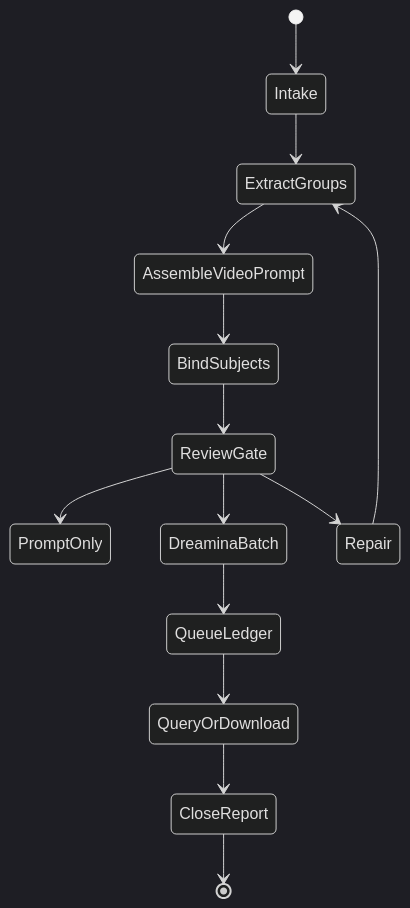
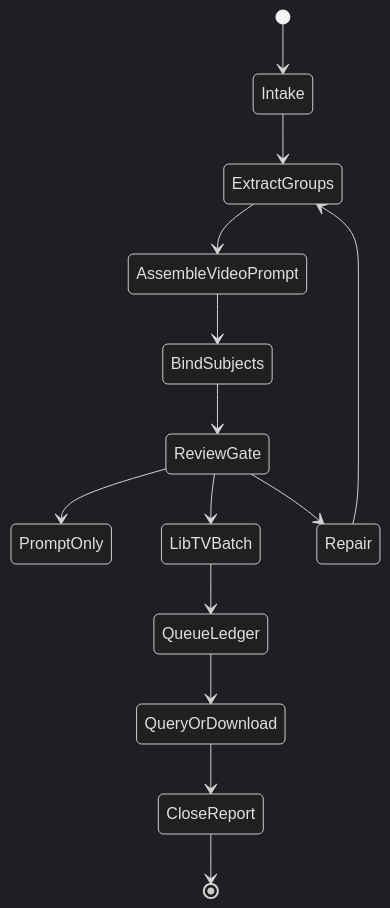
The second of 2 diagrams in .agents/skills/aigc/7-视频/C-主体参照/SKILL.md (ZEN-VOID/AI-CUT), drawn with Mermaid (dark theme) before and after one commit. The commit also changed other lines of this file and 173 other files, not shown here.

````diff
--- a/.agents/skills/aigc/7-视频/C-主体参照/SKILL.md
+++ b/.agents/skills/aigc/7-视频/C-主体参照/SKILL.md
@@ -119,16 +130,16 @@
 ```mermaid
 stateDiagram-v2
     [*] --> Intake
     Intake --> ExtractGroups
     ExtractGroups --> AssembleVideoPrompt
     AssembleVideoPrompt --> BindSubjects
     BindSubjects --> ReviewGate
     ReviewGate --> PromptOnly
-    ReviewGate --> DreaminaBatch
-    DreaminaBatch --> QueueLedger
+    ReviewGate --> LibTVBatch
+    LibTVBatch --> QueueLedger
     QueueLedger --> QueryOrDownload
     QueryOrDownload --> CloseReport
     ReviewGate --> Repair
     Repair --> ExtractGroups
     CloseReport --> [*]
 ```
````
